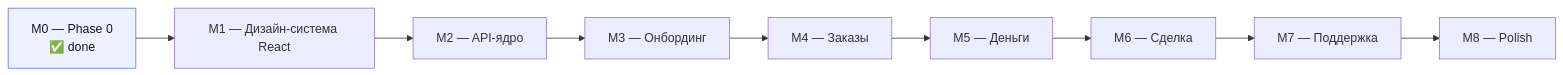
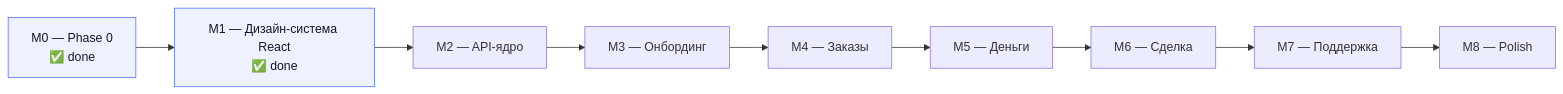
The diagram in docs/10-status.md (koishybek/zovu), drawn with Mermaid before and after one commit. The commit also changed other lines of this file and 61 other files, not shown here.

````diff
--- a/docs/10-status.md
+++ b/docs/10-status.md
@@ -27,12 +27,13 @@
 ```mermaid
 flowchart LR
-    M0["M0 — Phase 0<br/>✅ done"] --> M1["M1 — Дизайн-система React"]
+    M0["M0 — Phase 0<br/>✅ done"] --> M1["M1 — Дизайн-система React<br/>✅ done"]
     M1 --> M2["M2 — API-ядро"]
     M2 --> M3["M3 — Онбординг"]
     M3 --> M4["M4 — Заказы"]
     M4 --> M5["M5 — Деньги"]
     M5 --> M6["M6 — Сделка"]
     M6 --> M7["M7 — Поддержка"]
     M7 --> M8["M8 — Polish"]
     style M0 fill:#EEF1FF,stroke:#4C6FFF,color:#141824
+    style M1 fill:#EEF1FF,stroke:#4C6FFF,color:#141824
 ```
````
